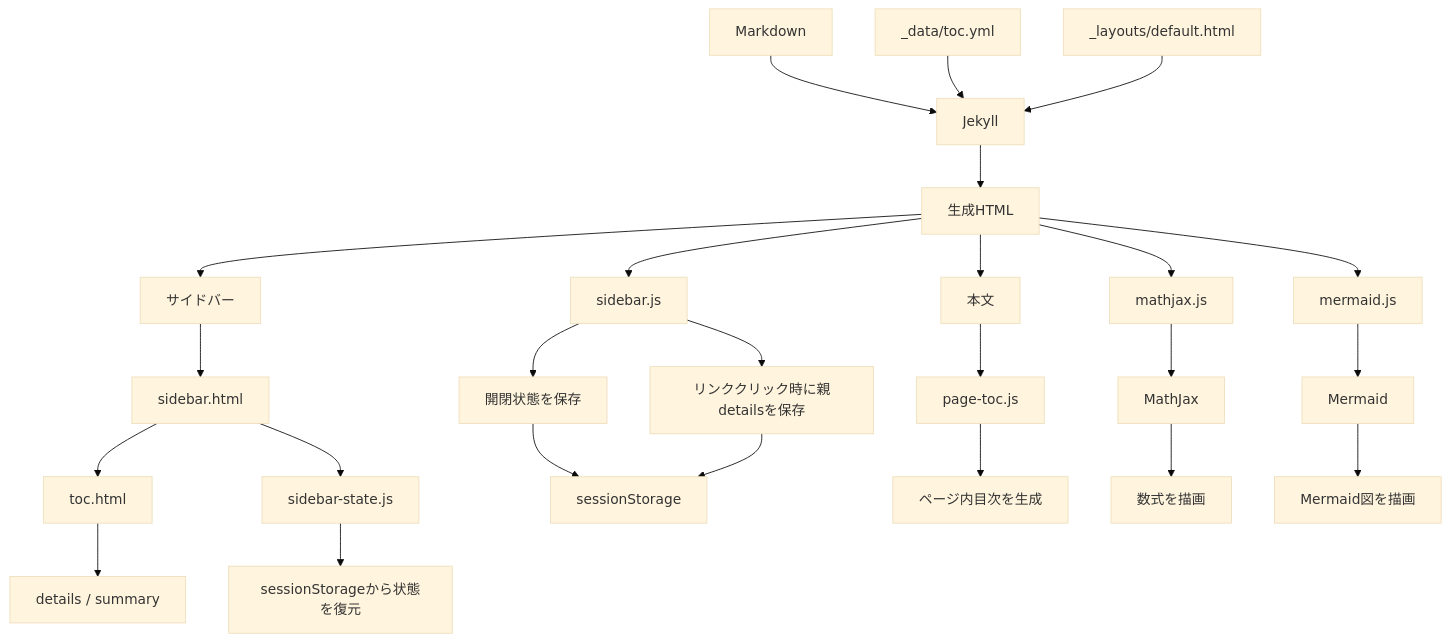
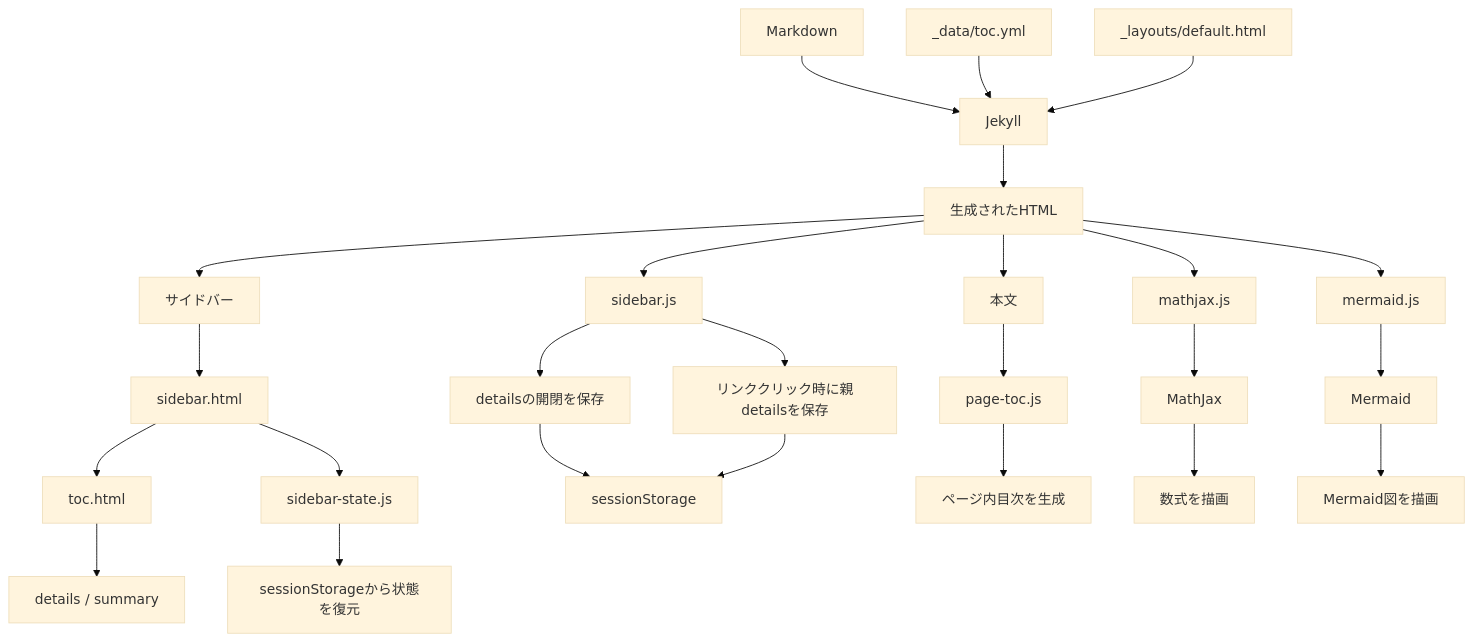
The third of 3 diagrams in architecture.md (Naoki-Yamamoto-codes/finance), drawn with Mermaid (base theme) before and after one commit. The commit also changed other lines of this file, not shown here.

Commit message:
update architecture

````diff
--- a/architecture.md
+++ b/architecture.md
@@ -495,35 +514,35 @@
 ```mermaid
 flowchart TD
     A["Markdown"] --> E["Jekyll"]
     B["_data/toc.yml"] --> E
     C["_layouts/default.html"] --> E
 
-    E --> F["生成HTML"]
+    E --> F["生成されたHTML"]
 
     F --> G["サイドバー"]
     F --> H["本文"]
 
     G --> I["sidebar.html"]
     I --> J["toc.html"]
     J --> K["details / summary"]
 
     I --> L["sidebar-state.js"]
     L --> M["sessionStorageから状態を復元"]
 
     F --> N["sidebar.js"]
-    N --> O["開閉状態を保存"]
+    N --> O["detailsの開閉を保存"]
     N --> P["リンククリック時に親detailsを保存"]
     O --> Q["sessionStorage"]
     P --> Q
 
     H --> R["page-toc.js"]
     R --> S["ページ内目次を生成"]
 
     F --> T["mathjax.js"]
     T --> U["MathJax"]
     U --> V["数式を描画"]
 
     F --> W["mermaid.js"]
     W --> X["Mermaid"]
     X --> Y["Mermaid図を描画"]
 ```
````
